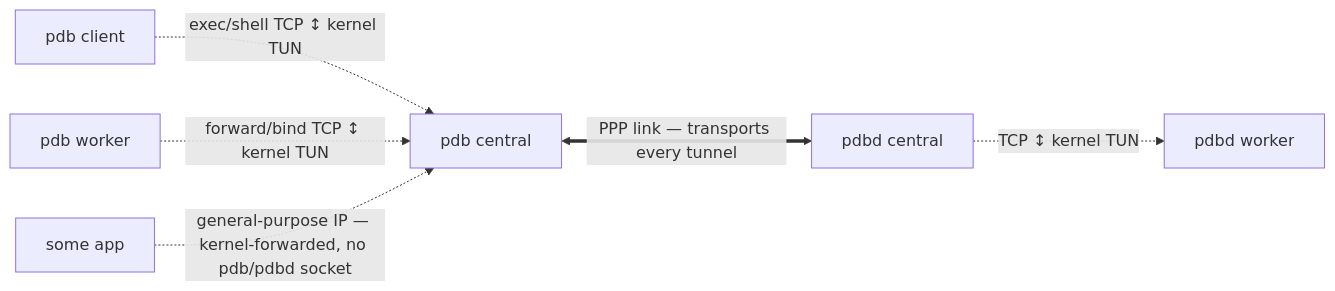
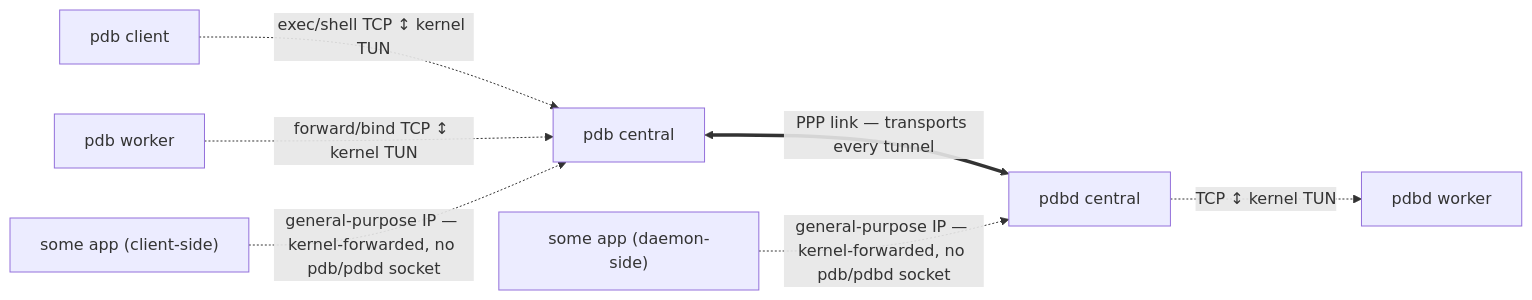
Before and after one commit to sw2m/pdbd: the third of 4 diagrams in README.md, drawn with Mermaid. The commit also changed other lines of this file, not shown here.

Commit message:
docs: review fixes — symmetric PPP apps, socat-approx, WT-same-as-WSS
- Tunnel ownership: the general-purpose PPP network is symmetric — both hosts
  have a TUN, so an app on either side (client or daemon) can ride the link.
  Diagram now shows a general-purpose app on each end.
- Crypto stance is *approximately* socat's, not exactly: socat carries OpenSSL
  internally, pdbd does not (TLS composes externally; pdbd ships no TLS stack).
- WebTransport note reframed: it's included for the SAME reason as WSS (same
  web overhead, sheds to raw QUIC under explosion exactly as WSS sheds to raw
  TLS), not a separate "even though it rides QUIC" puzzle — that was just a
  restatement of "WSS is built in even though it rides TLS."

Claude-Session: https://claude.ai/code/session_012BpqcJBVaF6yb8k3zBCGKa

````diff
--- a/README.md
+++ b/README.md
@@ -160,14 +160,16 @@
 ```mermaid
 flowchart LR
     PC["pdb client"]
     PW["pdb worker"]
     CC["pdb central"]
     DC["pdbd central"]
     DW["pdbd worker"]
-    G["some app"]
+    GC["some app (client-side)"]
+    GD["some app (daemon-side)"]
     PC -. "exec/shell TCP ↕ kernel TUN" .-> CC
     PW -. "forward/bind TCP ↕ kernel TUN" .-> CC
     CC <==>|"PPP link — transports every tunnel"| DC
     DC -. "TCP ↕ kernel TUN" .-> DW
-    G -. "general-purpose IP — kernel-forwarded, no pdb/pdbd socket" .-> CC
+    GC -. "general-purpose IP — kernel-forwarded, no pdb/pdbd socket" .-> CC
+    GD -. "general-purpose IP — kernel-forwarded, no pdb/pdbd socket" .-> DC
 ```
````
